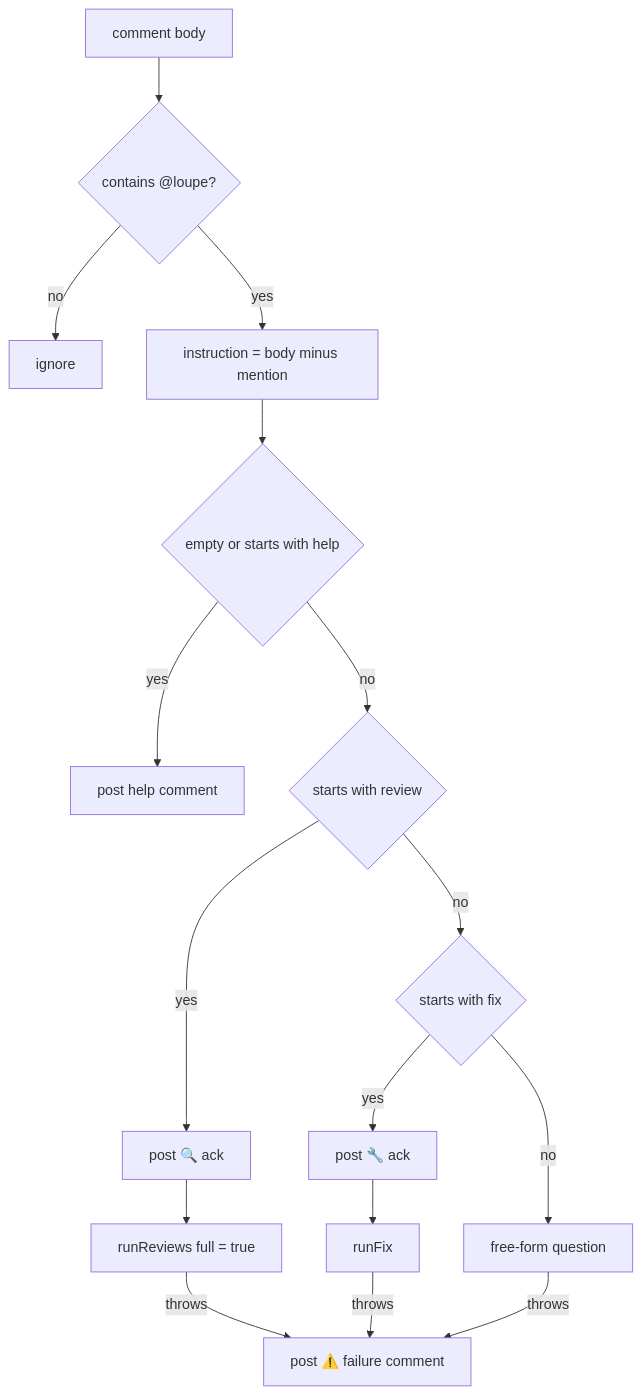
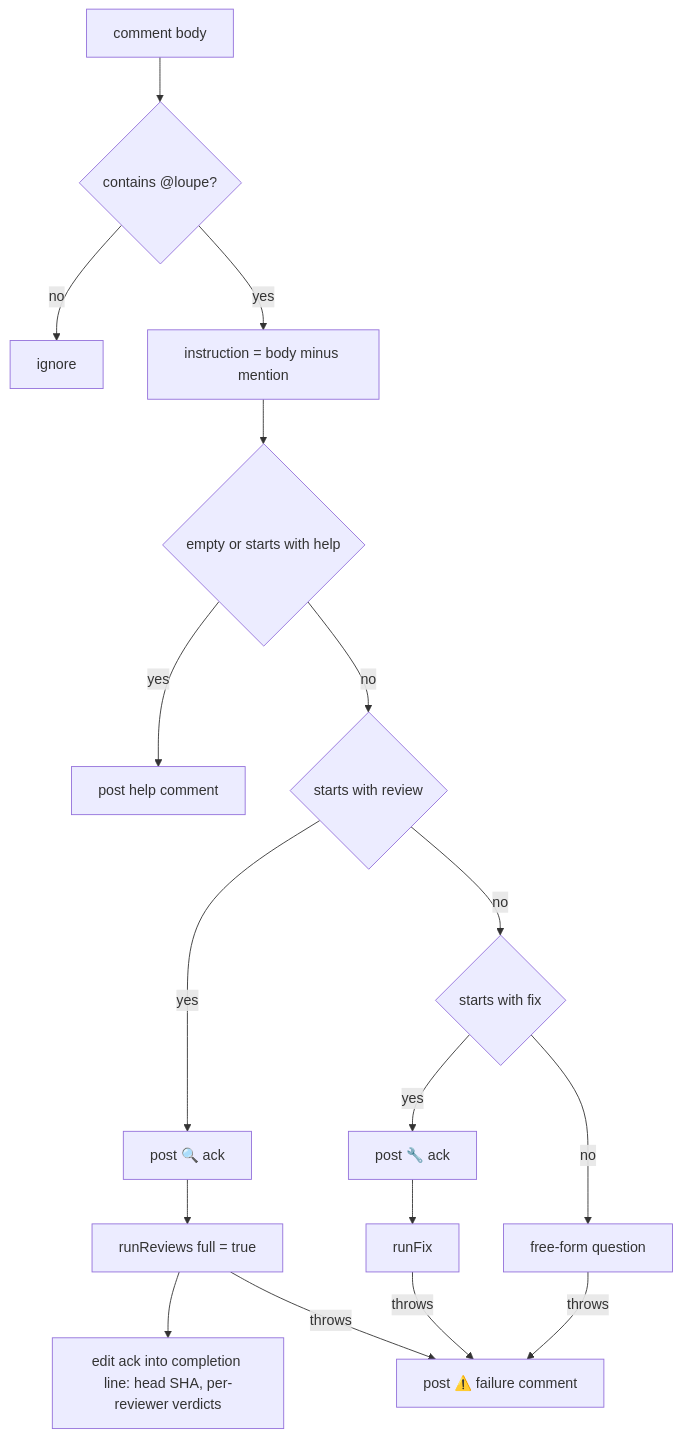
Before and after one commit to anish-inf/loupe: the first of 3 diagrams in docs/how-it-works/chat.md, drawn with Mermaid. The commit also changed other lines of this file and 3 other files, not shown here.

Commit message:
docs: update Mermaid diagrams

````diff
--- a/docs/how-it-works/chat.md
+++ b/docs/how-it-works/chat.md
@@ -8,16 +8,17 @@
 ```mermaid
 flowchart TD
     B[comment body] --> M{contains @loupe?}
     M -->|no| X[ignore]
     M -->|yes| I[instruction = body minus mention]
     I --> H{empty or starts with help}
     H -->|yes| HELP[post help comment]
     H -->|no| R{starts with review}
     R -->|yes| ACK1[post 🔍 ack] --> RV[runReviews full = true]
+    RV --> EDIT[edit ack into completion line: head SHA, per-reviewer verdicts]
     R -->|no| F{starts with fix}
     F -->|yes| ACK2[post 🔧 ack] --> FIX[runFix]
     F -->|no| Q[free-form question]
     RV -->|throws| ERR[post ⚠️ failure comment]
     FIX -->|throws| ERR
     Q -->|throws| ERR
 ```
````
